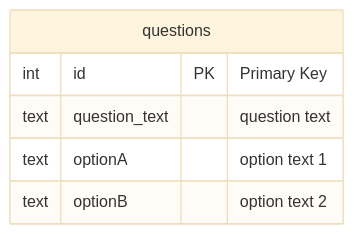
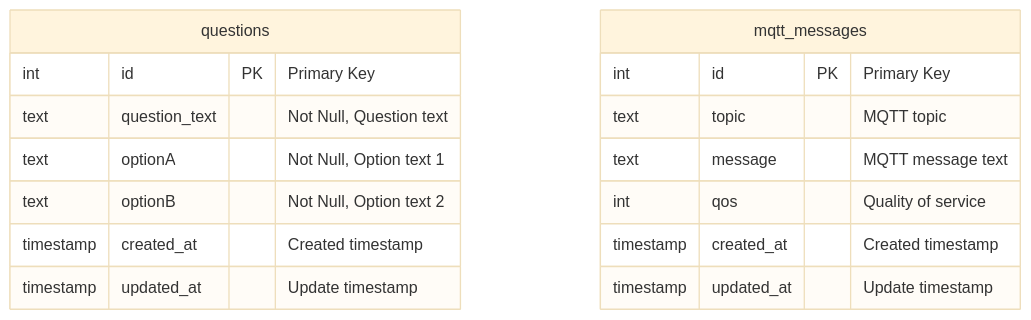
The diagram in docs/db.md (Hhelibebcnofne/escalator-enquete), drawn with Mermaid (base theme) before and after one commit.

Commit message:
feat: Update database documentation to include not null constraints and add mqtt_messages table

````diff
--- a/docs/db.md
+++ b/docs/db.md
@@ -5,11 +5,22 @@
 ```mermaid
 erDiagram
 
     questions {
         int id PK "Primary Key"
-        text question_text "question text"
-        text optionA "option text 1"
-        text optionB "option text 2"
+        text question_text "Not Null, Question text"
+        text optionA "Not Null, Option text 1"
+        text optionB "Not Null, Option text 2"
+        timestamp created_at "Created timestamp"
+        timestamp updated_at "Update timestamp"
+    }
+
+    mqtt_messages {
+        int id PK "Primary Key"
+        text topic "MQTT topic"
+        text message "MQTT message text"
+        int qos "Quality of service"
+        timestamp created_at "Created timestamp"
+        timestamp updated_at "Update timestamp"
     }
 
 ```
````
